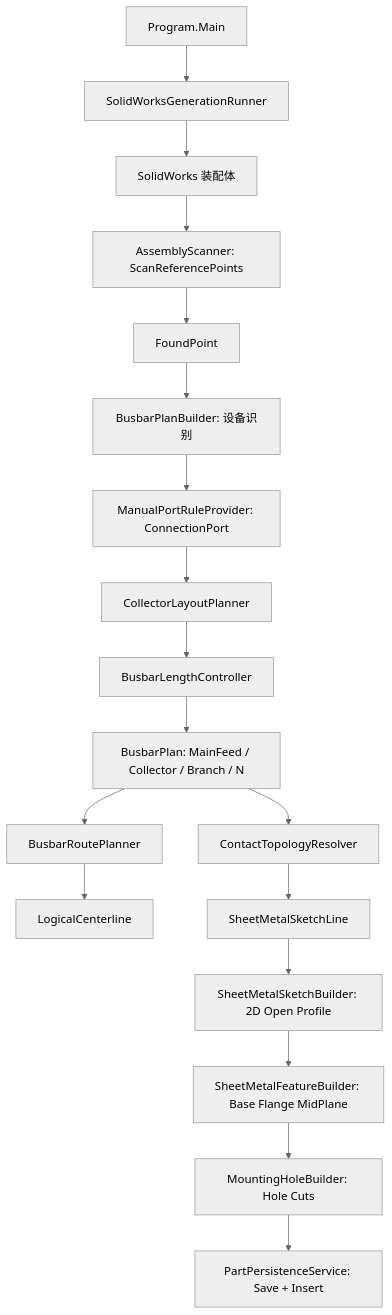
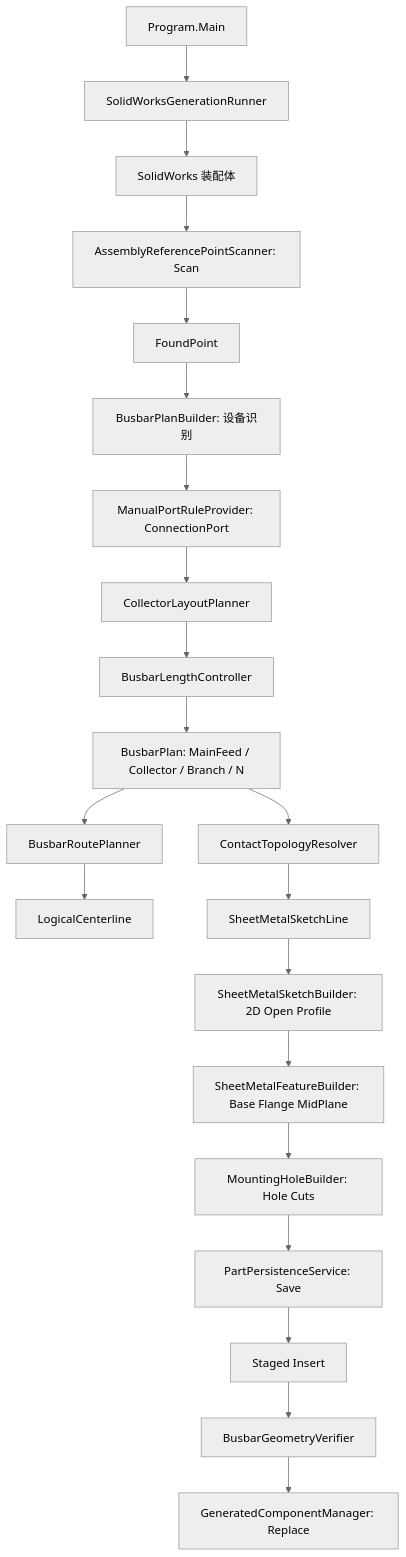
The diagram in BusinessFlow.md (Tleide/solidworks-busbar-automation), drawn with Mermaid (neutral theme) before and after one commit. The commit also changed other lines of this file and 47 other files, not shown here.

````diff
--- a/BusinessFlow.md
+++ b/BusinessFlow.md
@@ -63,20 +69,23 @@
 ```mermaid
 flowchart TD
     A["Program.Main"] --> B["SolidWorksGenerationRunner"]
     B --> C["SolidWorks 装配体"]
-    C --> D["AssemblyScanner: ScanReferencePoints"]
+    C --> D["AssemblyReferencePointScanner: Scan"]
     D --> E["FoundPoint"]
     E --> F["BusbarPlanBuilder: 设备识别"]
     F --> G["ManualPortRuleProvider: ConnectionPort"]
     G --> H["CollectorLayoutPlanner"]
     H --> I["BusbarLengthController"]
     I --> J["BusbarPlan: MainFeed / Collector / Branch / N"]
     J --> K["BusbarRoutePlanner"]
     J --> L["ContactTopologyResolver"]
     K --> M["LogicalCenterline"]
     L --> N["SheetMetalSketchLine"]
     N --> O["SheetMetalSketchBuilder: 2D Open Profile"]
     O --> P["SheetMetalFeatureBuilder: Base Flange MidPlane"]
     P --> Q["MountingHoleBuilder: Hole Cuts"]
-    Q --> R["PartPersistenceService: Save + Insert"]
+    Q --> R["PartPersistenceService: Save"]
+    R --> S["Staged Insert"]
+    S --> T["BusbarGeometryVerifier"]
+    T --> U["GeneratedComponentManager: Replace"]
 ```
````
